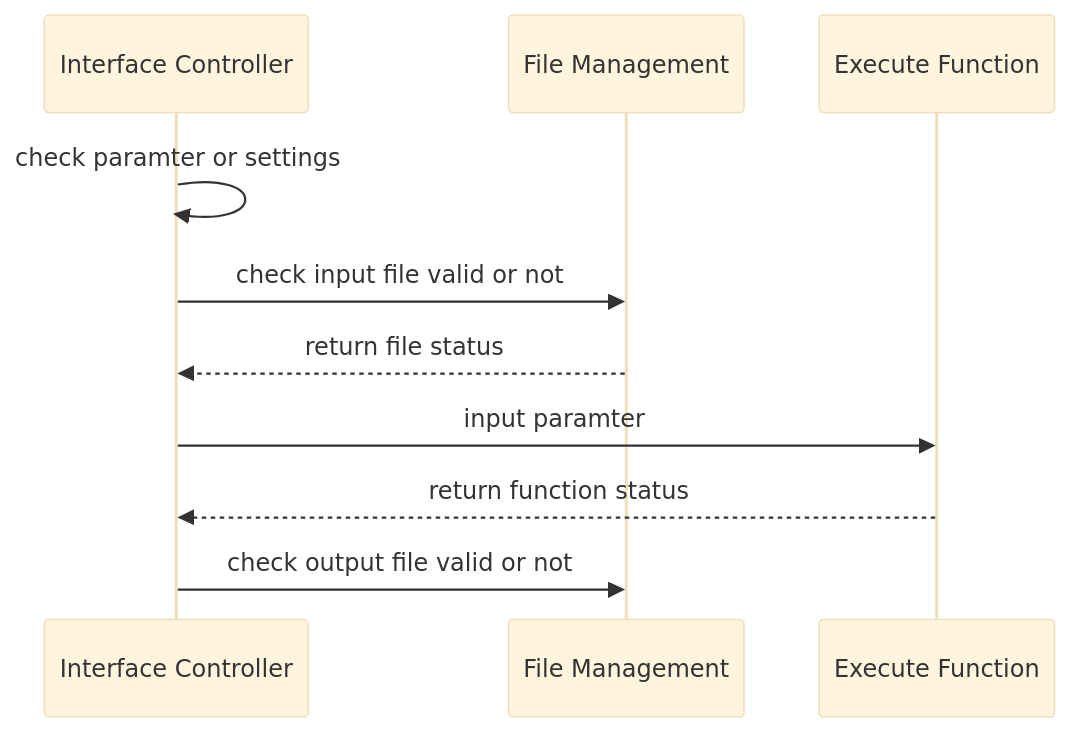
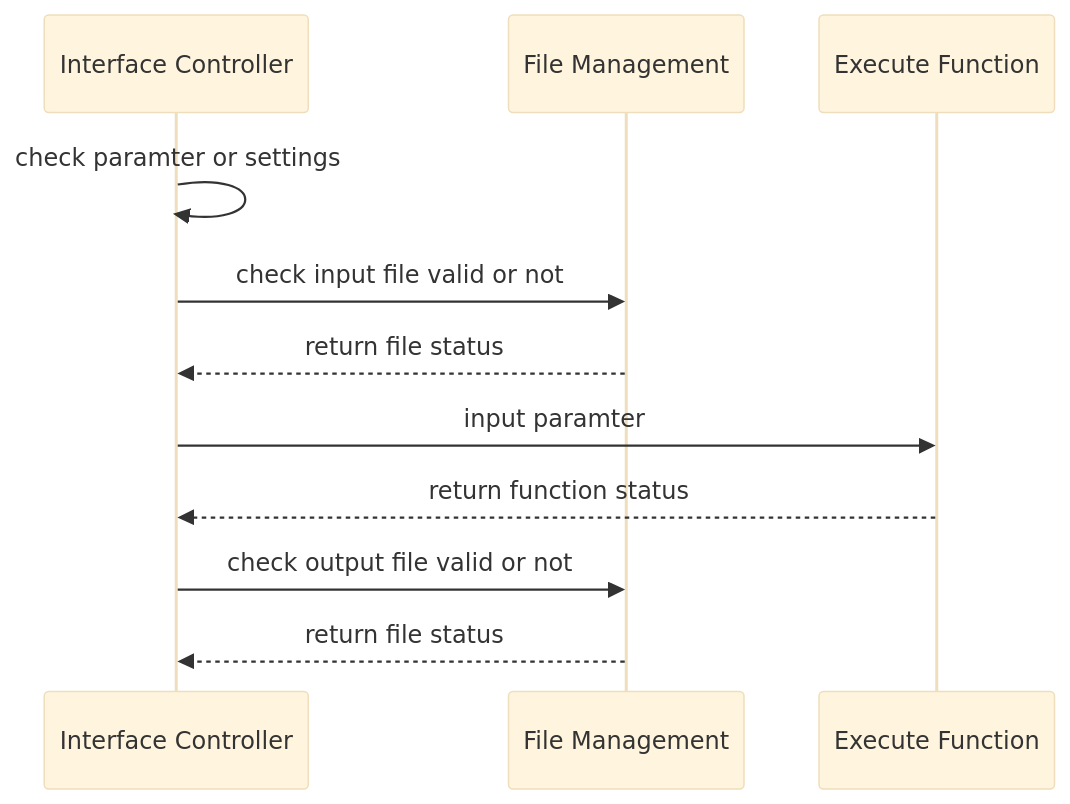
One commit to xiaojian-w/Gene-Regulatory-Networks-Construction changed the first of 2 diagrams in design.md. Above: the diagram before and after it, drawn with Mermaid (base theme). The commit also changed other lines of this file, not shown here.

````diff
--- a/design.md
+++ b/design.md
@@ -139,10 +140,12 @@
 ```mermaid
 sequenceDiagram
 Interface Controller ->> Interface Controller: check paramter or settings 
 Interface Controller ->> File Management: check input file valid or not
 File Management -->> Interface Controller: return file status
 Interface Controller ->> Execute Function: input paramter
 Execute Function -->> Interface Controller: return function status
 
 Interface Controller ->> File Management: check output file valid or not
+
+File Management -->> Interface Controller: return file status
 ```
````
